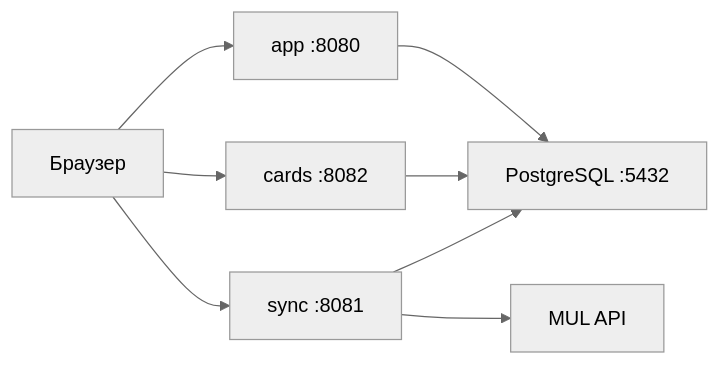
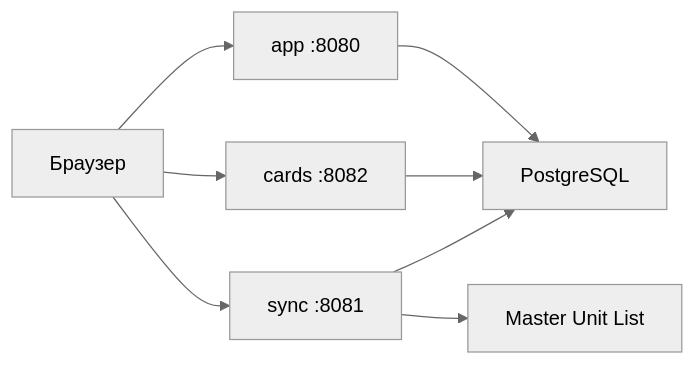
One commit to ArtyomMishkin/Alpha_Strike_Helper changed the diagram in README.md. Above: the diagram before and after it, drawn with Mermaid (neutral theme). The commit also changed other lines of this file, not shown here.

````diff
--- a/README.md
+++ b/README.md
@@ -218,17 +22,17 @@
 ```mermaid
 flowchart LR
     Browser["Браузер"]
     AppServer["app :8080"]
     CardsService["cards :8082"]
     SyncService["sync :8081"]
-    Postgres["PostgreSQL :5432"]
-    MulApi["MUL API"]
+    Postgres["PostgreSQL"]
+    MulApi["Master Unit List"]
 
     Browser --> AppServer
     Browser --> CardsService
     Browser --> SyncService
     AppServer --> Postgres
     CardsService --> Postgres
     SyncService --> Postgres
     SyncService --> MulApi
 ```
````
